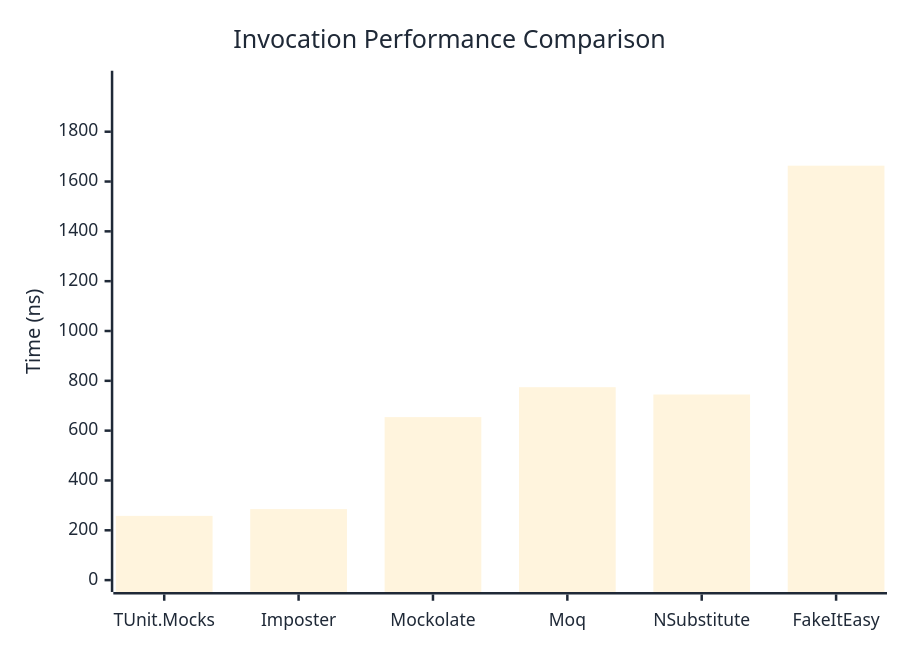
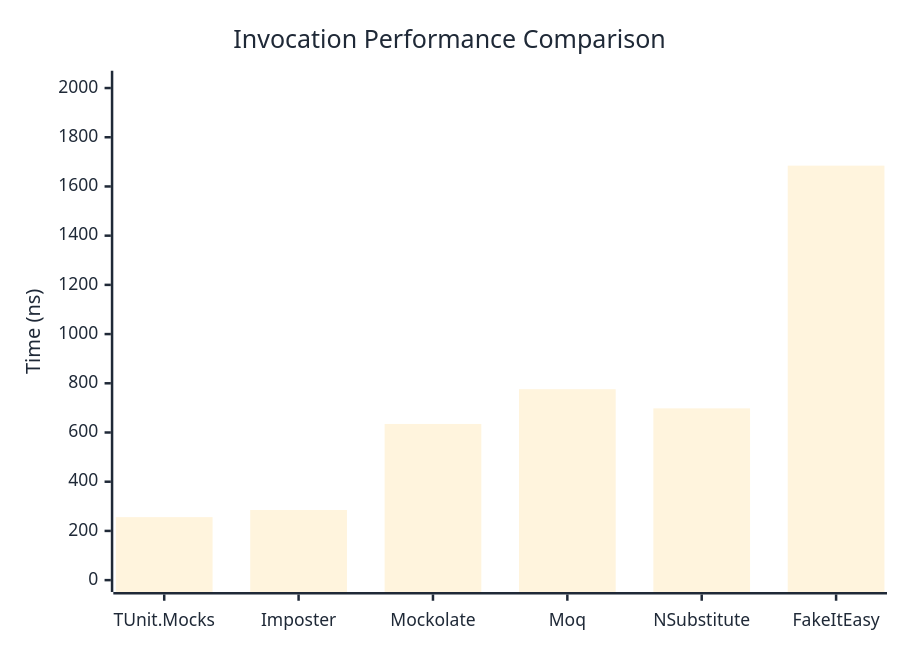
Before and after one commit to thomhurst/TUnit: the first of 3 diagrams in docs/docs/benchmarks/mocks/Invocation.md, drawn with Mermaid. The commit also changed other lines of this file and 14 other files, not shown here.

````diff
--- a/docs/docs/benchmarks/mocks/Invocation.md
+++ b/docs/docs/benchmarks/mocks/Invocation.md
@@ -28,27 +28,27 @@
 ```mermaid
 %%{init: {
   'theme':'base',
   'themeVariables': {
     'primaryColor': '#2563eb',
     'primaryTextColor': '#1f2937',
     'primaryBorderColor': '#1e40af',
     'lineColor': '#6b7280',
     'secondaryColor': '#7c3aed',
     'tertiaryColor': '#dc2626',
     'background': '#ffffff',
     'pie1': '#2563eb',
     'pie2': '#7c3aed',
     'pie3': '#dc2626',
     'pie4': '#f59e0b',
     'pie5': '#10b981',
     'pie6': '#06b6d4',
     'pie7': '#ec4899',
     'pie8': '#6366f1'
   }
 }}%%
 xychart-beta
   title "Invocation Performance Comparison"
   x-axis ["TUnit.Mocks", "Imposter", "Mockolate", "Moq", "NSubstitute", "FakeItEasy"]
-  y-axis "Time (ns)" 0 --> 1997
-  bar [257.9, 285.1, 654.4, 774.4, 745.1, 1663.6]
+  y-axis "Time (ns)" 0 --> 2022
+  bar [256, 285.1, 634.7, 776, 698.1, 1684.6]
 ```
````
